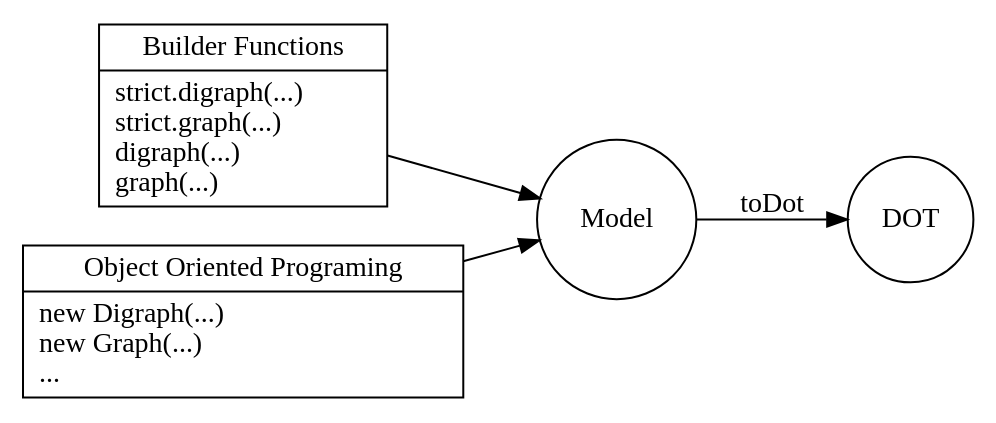
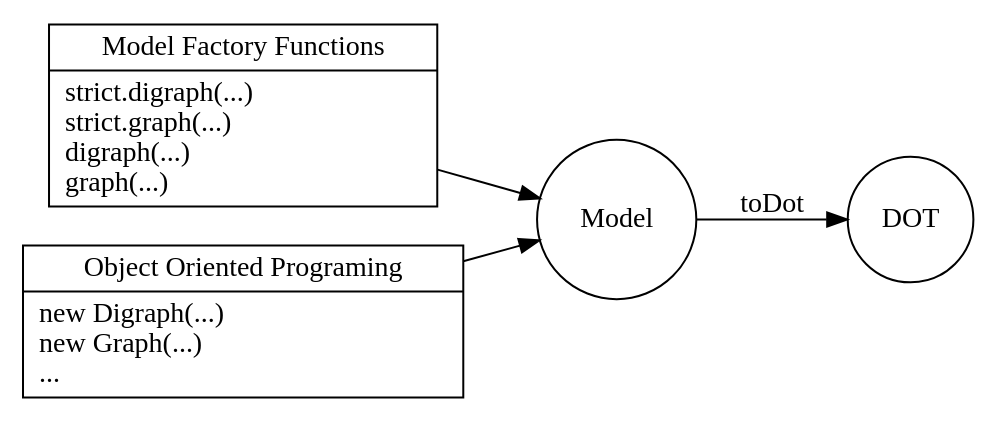
One commit to ts-graphviz/ts-graphviz changed the diagram in media/ts-graphviz.dot. Above: the diagram before and after it, drawn with Graphviz. The commit also changed 1 other file, not shown here.

```diff
--- a/media/ts-graphviz.dot
+++ b/media/ts-graphviz.dot
@@ -1,20 +1,20 @@
 digraph state_machine {
   rankdir = LR;
   node [ shape = circle ]
 
   // { rank = same; builder_fn; Model; DOT; }
 
   builder_fn [
     shape = record,
-    label = "{{Builder Functions | strict.digraph(...)\lstrict.graph(...)\ldigraph(...)\lgraph(...)\l}}"
+    label = "{{Model Factory Functions | strict.digraph(...)\lstrict.graph(...)\ldigraph(...)\lgraph(...)\l}}"
   ]
 
   oop [
     shape = record,
     label = "{{Object Oriented Programing | new Digraph(...)\lnew Graph(...)\l...\l}}"
   ]
 
   {builder_fn, oop} -> Model;
 
   Model -> DOT [ label = "toDot" ]
 }
```
